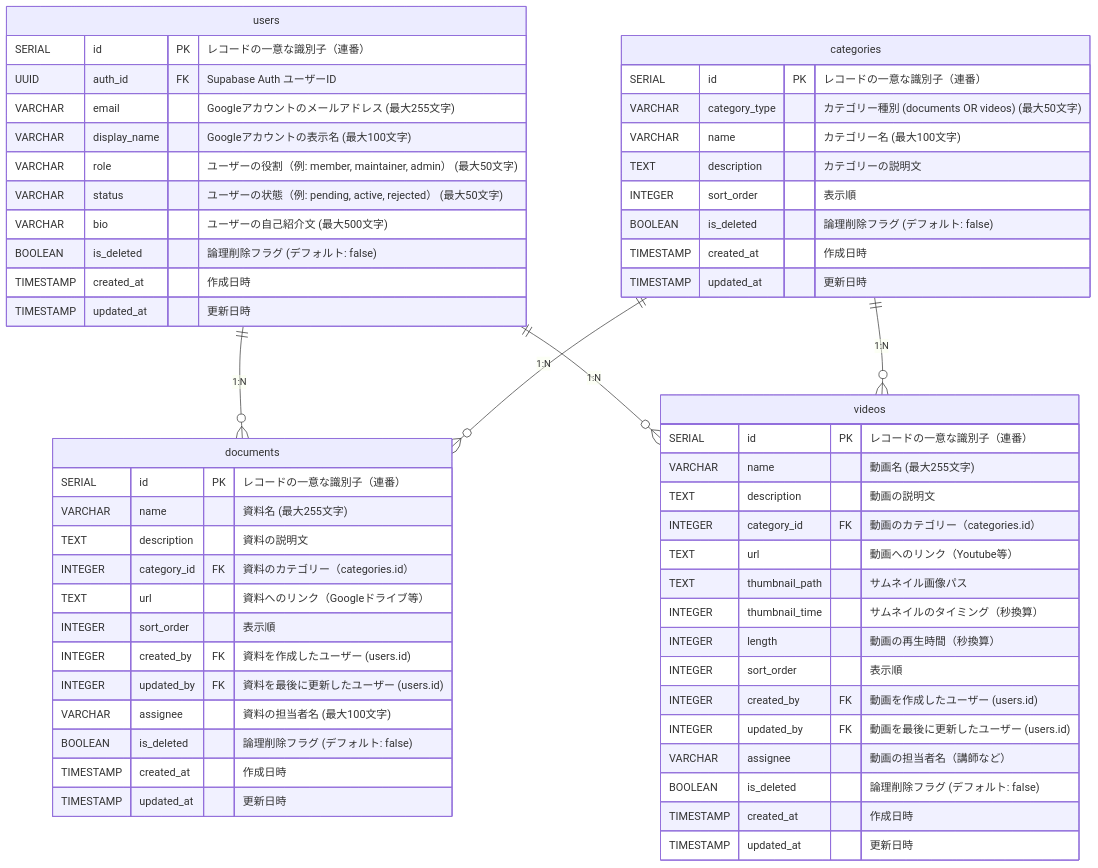
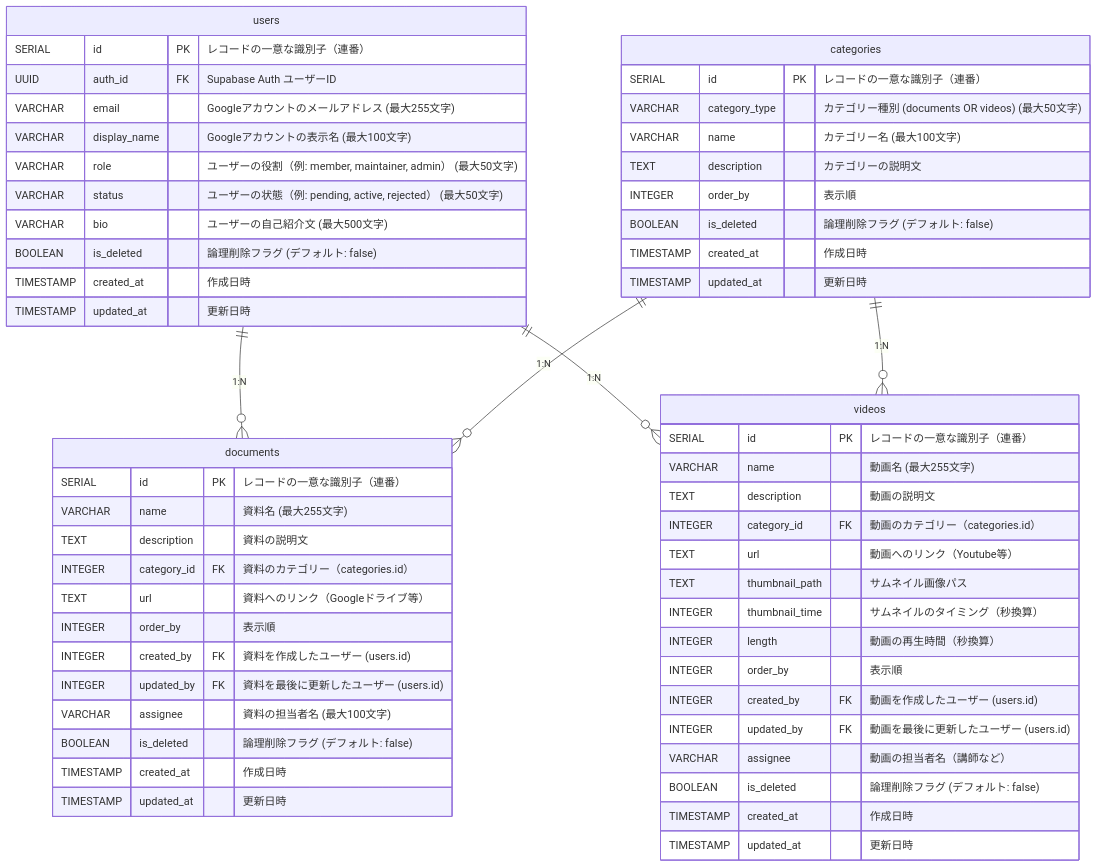
The diagram in docs/database.md (Singuralitylabs/portal-site), drawn with Mermaid before and after one commit.

Commit message:
カラム名変更2

````diff
--- a/docs/database.md
+++ b/docs/database.md
@@ -104,64 +104,64 @@
 ```mermaid
 erDiagram
     users {
         SERIAL id PK "レコードの一意な識別子（連番）"
         UUID auth_id FK "Supabase Auth ユーザーID"
         VARCHAR email "Googleアカウントのメールアドレス (最大255文字)"
         VARCHAR display_name "Googleアカウントの表示名 (最大100文字)"
         VARCHAR role "ユーザーの役割（例: member, maintainer, admin） (最大50文字)"
         VARCHAR status "ユーザーの状態（例: pending, active, rejected） (最大50文字)"
         VARCHAR bio "ユーザーの自己紹介文 (最大500文字)"
         BOOLEAN is_deleted "論理削除フラグ (デフォルト: false)"
         TIMESTAMP created_at "作成日時"
         TIMESTAMP updated_at "更新日時"
     }
 
     documents {
         SERIAL id PK "レコードの一意な識別子（連番）"
         VARCHAR name "資料名 (最大255文字)"
         TEXT description "資料の説明文"
         INTEGER category_id FK "資料のカテゴリー（categories.id）"
         TEXT url "資料へのリンク（Googleドライブ等）"
-        INTEGER sort_order "表示順"
+        INTEGER order_by "表示順"
         INTEGER created_by FK "資料を作成したユーザー (users.id)"
         INTEGER updated_by FK "資料を最後に更新したユーザー (users.id)"
         VARCHAR assignee "資料の担当者名 (最大100文字)"
         BOOLEAN is_deleted "論理削除フラグ (デフォルト: false)"
         TIMESTAMP created_at "作成日時"
         TIMESTAMP updated_at "更新日時"
     }
 
     videos {
         SERIAL id PK "レコードの一意な識別子（連番）"
         VARCHAR name "動画名 (最大255文字)"
         TEXT description "動画の説明文"
         INTEGER category_id FK "動画のカテゴリー（categories.id）"
         TEXT url "動画へのリンク（Youtube等）"
         TEXT thumbnail_path "サムネイル画像パス"
         INTEGER thumbnail_time "サムネイルのタイミング（秒換算）"
         INTEGER length "動画の再生時間（秒換算）"
-        INTEGER sort_order "表示順"
+        INTEGER order_by "表示順"
         INTEGER created_by FK "動画を作成したユーザー (users.id)"
         INTEGER updated_by FK "動画を最後に更新したユーザー (users.id)"
         VARCHAR assignee "動画の担当者名（講師など）"
         BOOLEAN is_deleted "論理削除フラグ (デフォルト: false)"
         TIMESTAMP created_at "作成日時"
         TIMESTAMP updated_at "更新日時"
     }
 
     categories {
         SERIAL id PK "レコードの一意な識別子（連番）"
         VARCHAR category_type "カテゴリー種別 (documents OR videos) (最大50文字)"
         VARCHAR name "カテゴリー名 (最大100文字)"
         TEXT description "カテゴリーの説明文"
-        INTEGER sort_order "表示順"
+        INTEGER order_by "表示順"
         BOOLEAN is_deleted "論理削除フラグ (デフォルト: false)"
         TIMESTAMP created_at "作成日時"
         TIMESTAMP updated_at "更新日時"
     }
 
     users ||--o{ documents : "1:N"
     users ||--o{ videos : "1:N"
     categories ||--o{ documents : "1:N"
     categories ||--o{ videos : "1:N"
 ```
````
